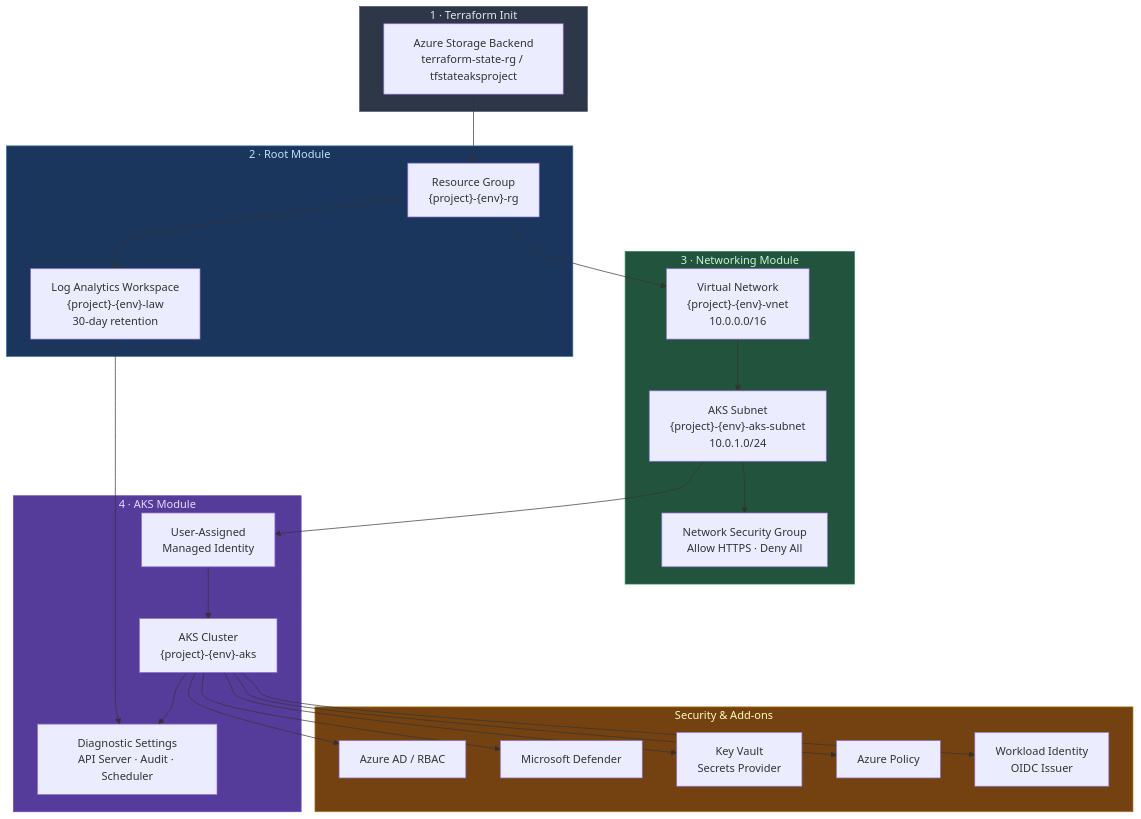
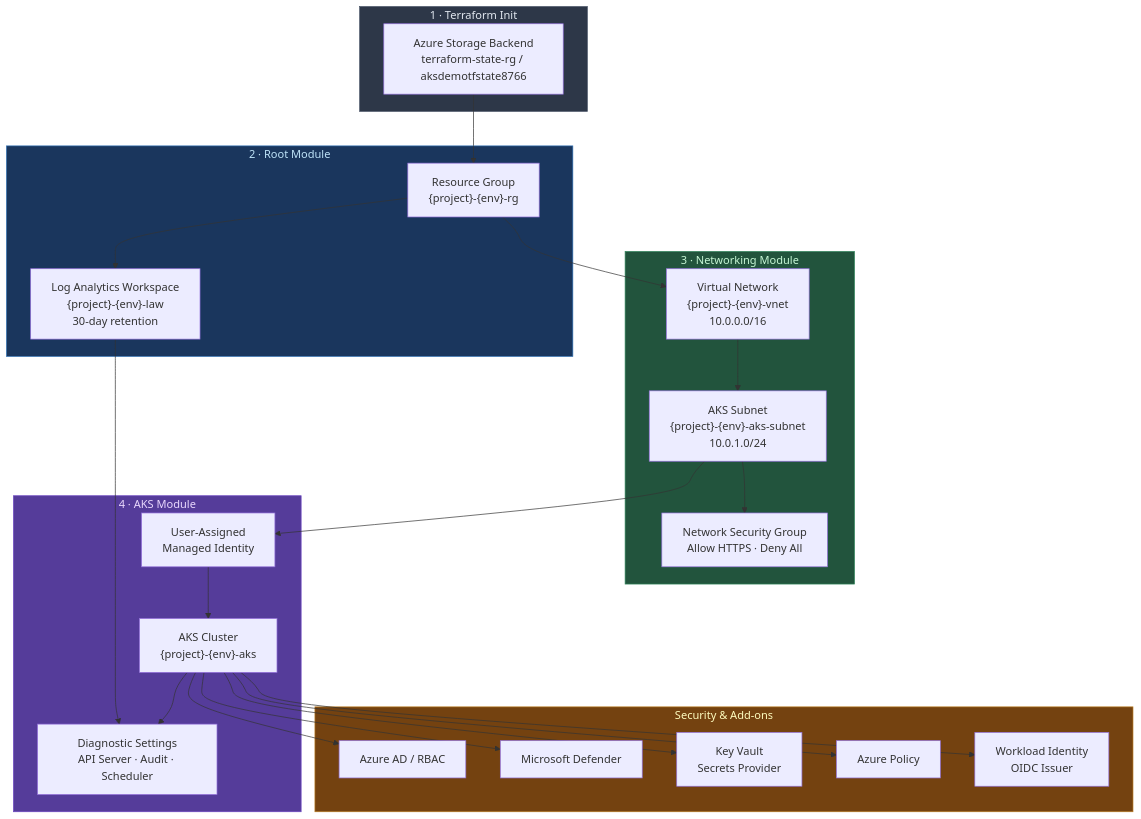
One commit to luniemma/world-class-aks-terraform changed the first of 2 diagrams in README.md. Above: the diagram before and after it, drawn with Mermaid. The commit also changed other lines of this file and 2 other files, not shown here.

First line of the commit message:
fix: point Terraform backend + drift detection at existing state storage

````diff
--- a/README.md
+++ b/README.md
@@ -9,52 +9,52 @@
 ```mermaid
 flowchart TB
     subgraph INIT["1 · Terraform Init"]
-        BE[Azure Storage Backend<br/>terraform-state-rg / tfstateaksproject]
+        BE[Azure Storage Backend<br/>terraform-state-rg / aksdemotfstate8766]
     end
 
     subgraph ROOT["2 · Root Module"]
         RG["Resource Group<br/>{project}-{env}-rg"]
         LAW["Log Analytics Workspace<br/>{project}-{env}-law<br/>30-day retention"]
     end
 
     subgraph NET["3 · Networking Module"]
         VNET["Virtual Network<br/>{project}-{env}-vnet<br/>10.0.0.0/16"]
         SUB["AKS Subnet<br/>{project}-{env}-aks-subnet<br/>10.0.1.0/24"]
         NSG["Network Security Group<br/>Allow HTTPS · Deny All"]
     end
 
     subgraph AKS["4 · AKS Module"]
         MI["User-Assigned<br/>Managed Identity"]
         CLUSTER["AKS Cluster<br/>{project}-{env}-aks"]
         DIAG["Diagnostic Settings<br/>API Server · Audit · Scheduler"]
     end
 
     subgraph SEC["Security & Add-ons"]
         AAD["Azure AD / RBAC"]
         DEF["Microsoft Defender"]
         KV["Key Vault<br/>Secrets Provider"]
         POL["Azure Policy"]
         WI["Workload Identity<br/>OIDC Issuer"]
     end
 
     BE --> RG
     RG --> LAW
     RG --> VNET
     VNET --> SUB
     SUB --> NSG
     SUB --> MI
     MI --> CLUSTER
     LAW --> DIAG
     CLUSTER --> DIAG
     CLUSTER --> AAD
     CLUSTER --> DEF
     CLUSTER --> KV
     CLUSTER --> POL
     CLUSTER --> WI
 
     style INIT fill:#2d3748,color:#e2e8f0,stroke:#4a5568
     style ROOT fill:#1a365d,color:#bee3f8,stroke:#2b6cb0
     style NET  fill:#22543d,color:#c6f6d5,stroke:#2f855a
     style AKS  fill:#553c9a,color:#e9d8fd,stroke:#6b46c1
     style SEC  fill:#744210,color:#fefcbf,stroke:#b7791f
 ```
````
